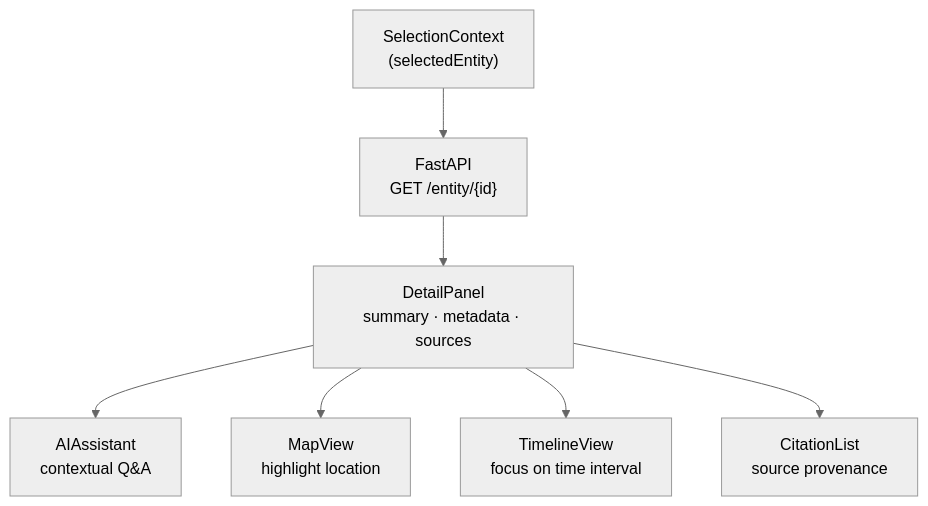
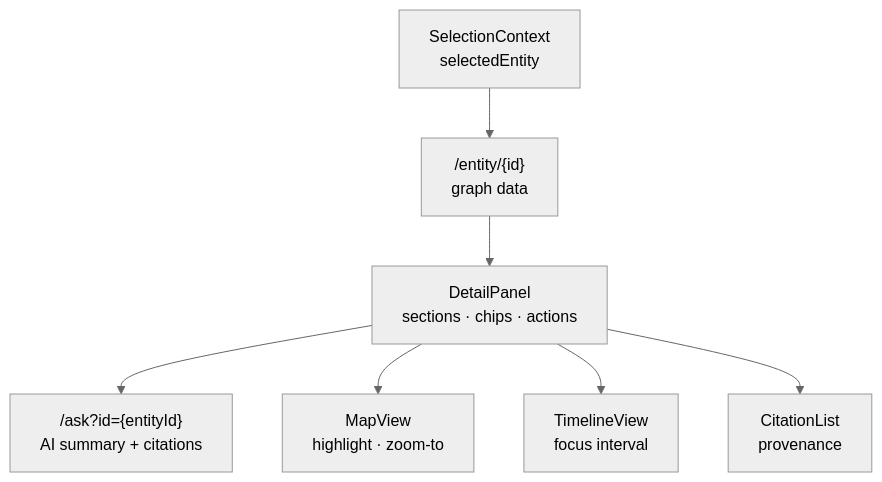
Before and after one commit to bartytime4life/Kansas-Frontier-Matrix: the first of 2 diagrams in web/src/components/DetailPanel/README.md, drawn with Mermaid (neutral theme). The commit also changed other lines of this file, not shown here.

First line of the commit message:
Revise README for DetailPanel component

````diff
--- a/web/src/components/DetailPanel/README.md
+++ b/web/src/components/DetailPanel/README.md
@@ -68,10 +45,10 @@
 ```mermaid
 flowchart TD
-  SEL["SelectionContext<br/>(selectedEntity)"] --> API["FastAPI<br/>GET /entity/{id}"]
-  API --> DP["DetailPanel<br/>summary · metadata · sources"]
-  DP --> AI["AIAssistant<br/>contextual Q&A"]
-  DP --> MAP["MapView<br/>highlight location"]
-  DP --> TL["TimelineView<br/>focus on time interval"]
-  DP --> CITE["CitationList<br/>source provenance"]
+  SEL["SelectionContext<br/>selectedEntity"] --> API["/entity/{id}<br/>graph data"]
+  API --> DP["DetailPanel<br/>sections · chips · actions"]
+  DP --> AI["/ask?id={entityId}<br/>AI summary + citations"]
+  DP --> MAP["MapView<br/>highlight · zoom-to"]
+  DP --> TL["TimelineView<br/>focus interval"]
+  DP --> CITE["CitationList<br/>provenance"]
 %% END OF MERMAID
 ```
````
